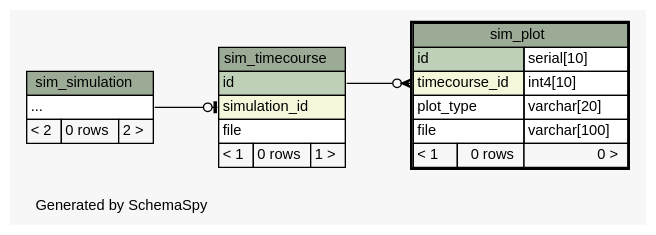
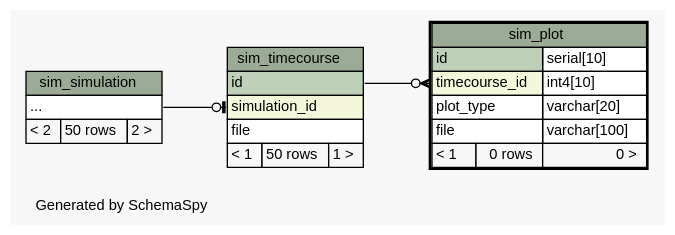
Before and after one commit to jingyayeah/multiscale-galactose: the diagram in database/schema/diagrams/sim_plot.2degrees.dot, drawn with Graphviz. The commit also changed 102 other files, not shown here.

Commit message:
Database schema updated

```diff
--- a/database/schema/diagrams/sim_plot.2degrees.dot
+++ b/database/schema/diagrams/sim_plot.2degrees.dot
@@ -1,59 +1,59 @@
 // dot 2.26.3 on Linux 3.11.0-12-generic
 // SchemaSpy rev 590
 digraph "twoDegreesRelationshipsDiagram" {
   graph [
     rankdir="RL"
     bgcolor="#f7f7f7"
     label="\nGenerated by SchemaSpy"
     labeljust="l"
     nodesep="0.18"
     ranksep="0.46"
     fontname="Helvetica"
     fontsize="11"
   ];
   node [
     fontname="Helvetica"
     fontsize="11"
     shape="plaintext"
   ];
   edge [
     arrowsize="0.8"
   ];
   "sim_plot":"timecourse_id":w -> "sim_timecourse":"id":e [arrowhead=none dir=back arrowtail=crowodot];
   "sim_timecourse":"simulation_id":w -> "sim_simulation":"elipses":e [arrowhead=none dir=back arrowtail=teeodot];
   "sim_plot" [
     label=<
     <TABLE BORDER="2" CELLBORDER="1" CELLSPACING="0" BGCOLOR="#ffffff">
       <TR><TD COLSPAN="3" BGCOLOR="#9bab96" ALIGN="CENTER">sim_plot</TD></TR>
       <TR><TD PORT="id" COLSPAN="2" BGCOLOR="#bed1b8" ALIGN="LEFT">id</TD><TD PORT="id.type" ALIGN="LEFT">serial[10]</TD></TR>
       <TR><TD PORT="timecourse_id" COLSPAN="2" BGCOLOR="#f4f7da" ALIGN="LEFT">timecourse_id</TD><TD PORT="timecourse_id.type" ALIGN="LEFT">int4[10]</TD></TR>
       <TR><TD PORT="plot_type" COLSPAN="2" ALIGN="LEFT">plot_type</TD><TD PORT="plot_type.type" ALIGN="LEFT">varchar[20]</TD></TR>
       <TR><TD PORT="file" COLSPAN="2" ALIGN="LEFT">file</TD><TD PORT="file.type" ALIGN="LEFT">varchar[100]</TD></TR>
       <TR><TD ALIGN="LEFT" BGCOLOR="#f7f7f7">&lt; 1</TD><TD ALIGN="RIGHT" BGCOLOR="#f7f7f7">0 rows</TD><TD ALIGN="RIGHT" BGCOLOR="#f7f7f7">0 &gt;</TD></TR>
     </TABLE>>
     URL="sim_plot.html"
     tooltip="sim_plot"
   ];
   "sim_simulation" [
     label=<
     <TABLE BORDER="0" CELLBORDER="1" CELLSPACING="0" BGCOLOR="#ffffff">
       <TR><TD COLSPAN="3" BGCOLOR="#9bab96" ALIGN="CENTER">sim_simulation</TD></TR>
       <TR><TD PORT="elipses" COLSPAN="3" ALIGN="LEFT">...</TD></TR>
-      <TR><TD ALIGN="LEFT" BGCOLOR="#f7f7f7">&lt; 2</TD><TD ALIGN="RIGHT" BGCOLOR="#f7f7f7">0 rows</TD><TD ALIGN="RIGHT" BGCOLOR="#f7f7f7">2 &gt;</TD></TR>
+      <TR><TD ALIGN="LEFT" BGCOLOR="#f7f7f7">&lt; 2</TD><TD ALIGN="RIGHT" BGCOLOR="#f7f7f7">50 rows</TD><TD ALIGN="RIGHT" BGCOLOR="#f7f7f7">2 &gt;</TD></TR>
     </TABLE>>
     URL="sim_simulation.html"
     tooltip="sim_simulation"
   ];
   "sim_timecourse" [
     label=<
     <TABLE BORDER="0" CELLBORDER="1" CELLSPACING="0" BGCOLOR="#ffffff">
       <TR><TD COLSPAN="3" BGCOLOR="#9bab96" ALIGN="CENTER">sim_timecourse</TD></TR>
       <TR><TD PORT="id" COLSPAN="3" BGCOLOR="#bed1b8" ALIGN="LEFT">id</TD></TR>
       <TR><TD PORT="simulation_id" COLSPAN="3" BGCOLOR="#f4f7da" ALIGN="LEFT">simulation_id</TD></TR>
       <TR><TD PORT="file" COLSPAN="3" ALIGN="LEFT">file</TD></TR>
-      <TR><TD ALIGN="LEFT" BGCOLOR="#f7f7f7">&lt; 1</TD><TD ALIGN="RIGHT" BGCOLOR="#f7f7f7">0 rows</TD><TD ALIGN="RIGHT" BGCOLOR="#f7f7f7">1 &gt;</TD></TR>
+      <TR><TD ALIGN="LEFT" BGCOLOR="#f7f7f7">&lt; 1</TD><TD ALIGN="RIGHT" BGCOLOR="#f7f7f7">50 rows</TD><TD ALIGN="RIGHT" BGCOLOR="#f7f7f7">1 &gt;</TD></TR>
     </TABLE>>
     URL="sim_timecourse.html"
     tooltip="sim_timecourse"
   ];
 }
```
